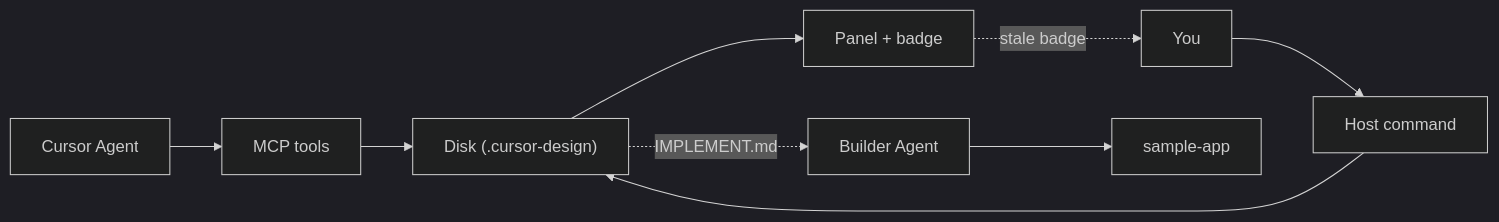
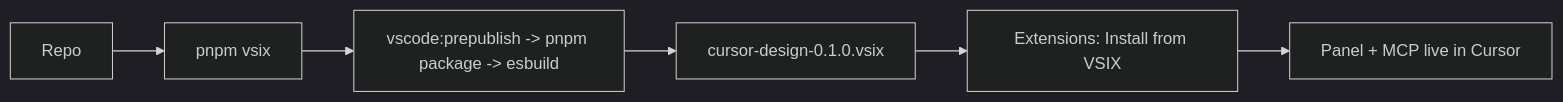
Before and after one commit to MarekBombera/cursor-design-extension: the diagram in blueprint/context/current-feature-overview.md, drawn with Mermaid (dark theme). The commit also changed other lines of this file and 11 other files, not shown here.

````diff
--- a/blueprint/context/current-feature-overview.md
+++ b/blueprint/context/current-feature-overview.md
@@ -24,11 +22,8 @@
 ```mermaid
 flowchart LR
-  Agent["Cursor Agent"] --> MCP["MCP tools"]
-  You["You"] --> Host["Host command"]
-  MCP --> Disk["Disk (.cursor-design)"]
-  Host --> Disk
-  Disk --> Panel["Panel + badge"]
-  Panel -.->|"stale badge"| You
-  Disk -.->|"IMPLEMENT.md"| Builder["Builder Agent"]
-  Builder --> App["sample-app"]
+  Repo["Repo"] --> Vsix["pnpm vsix"]
+  Vsix --> Pre["vscode:prepublish -> pnpm package -> esbuild"]
+  Pre --> Artifact["cursor-design-0.1.0.vsix"]
+  Artifact --> Install["Extensions: Install from VSIX"]
+  Install --> Live["Panel + MCP live in Cursor"]
 ```
````
